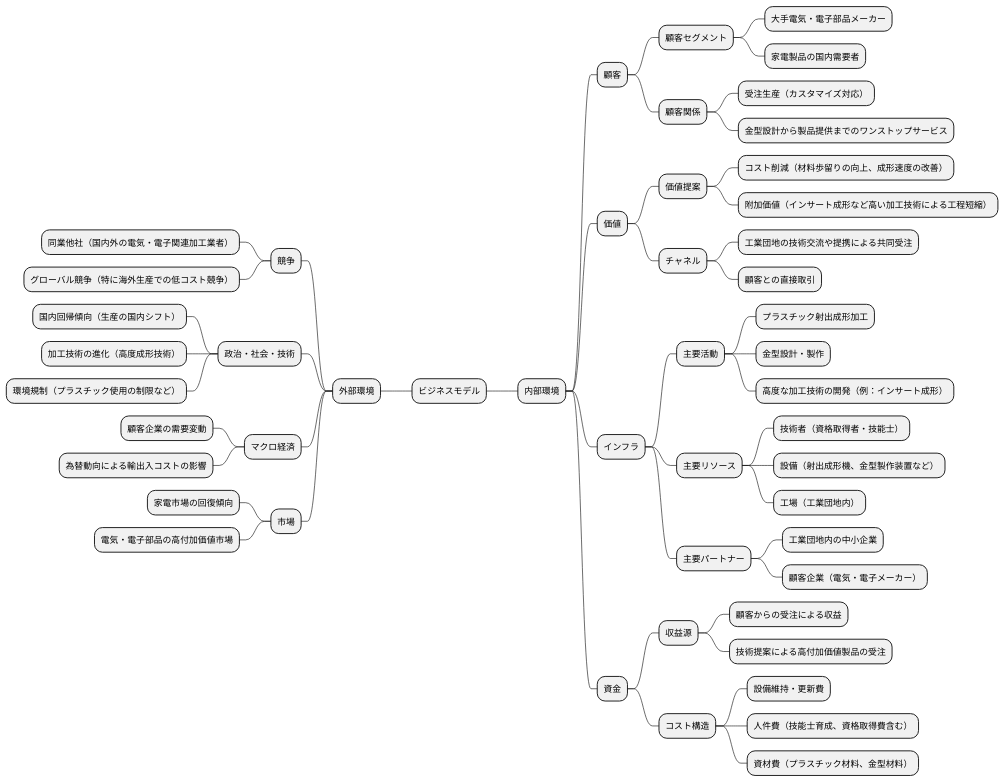
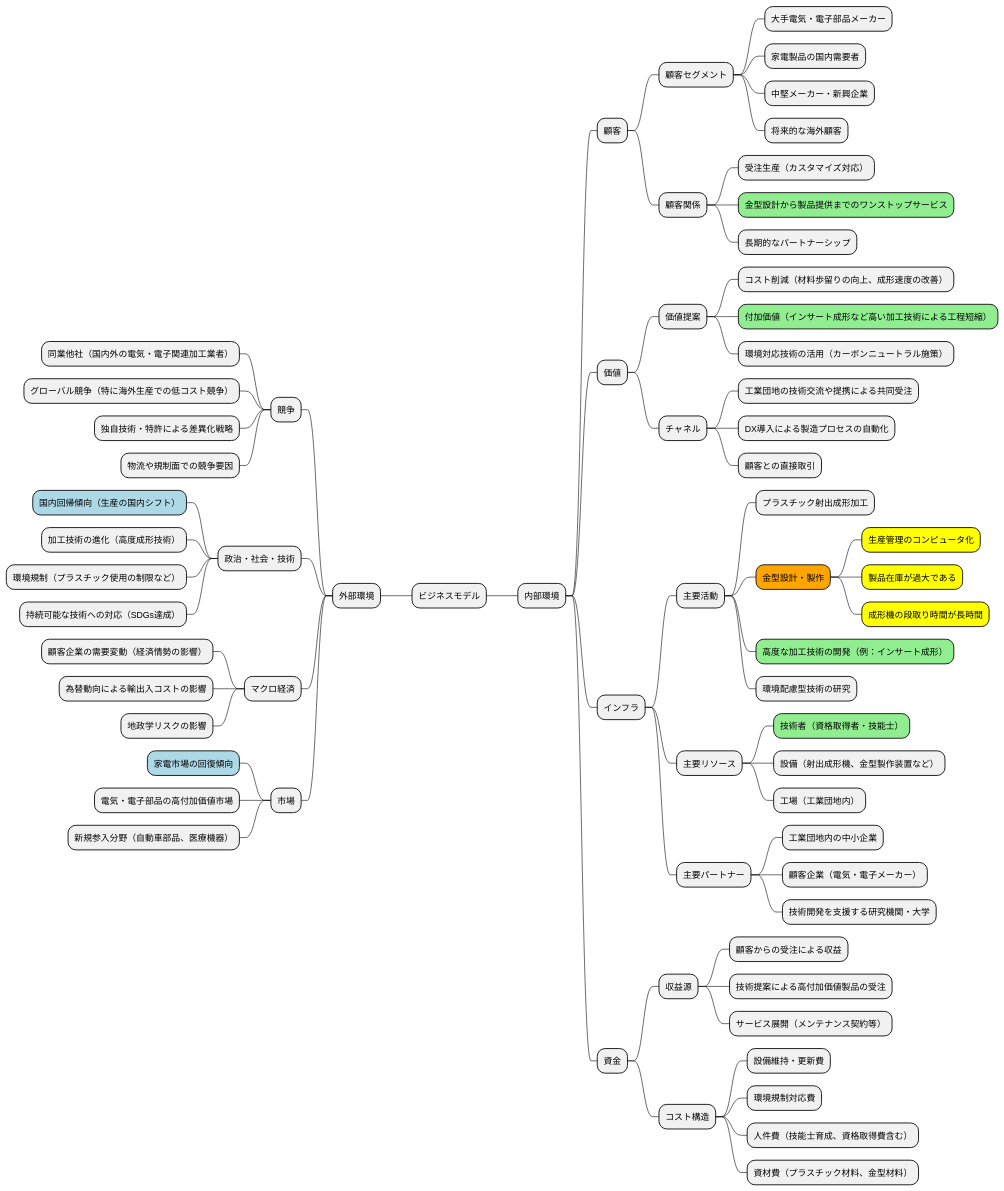
Before and after one commit to k2works/case-study-business-analysis: the second of 19 diagrams in docs/case/h30_case_3.adoc, drawn with PlantUML. The commit also changed other lines of this file, not shown here.

```diff
--- a/docs/case/h30_case_3.adoc
+++ b/docs/case/h30_case_3.adoc
@@ -71,58 +71,75 @@
 [plantuml]
 ----
 @startmindmap
 
 * ビジネスモデル
 ** 内部環境
 *** 顧客
 **** 顧客セグメント
 ***** 大手電気・電子部品メーカー
 ***** 家電製品の国内需要者
+***** 中堅メーカー・新興企業
+***** 将来的な海外顧客
 **** 顧客関係
 ***** 受注生産（カスタマイズ対応）
-***** 金型設計から製品提供までのワンストップサービス
+*****[#lightgreen] 金型設計から製品提供までのワンストップサービス
+***** 長期的なパートナーシップ
 *** 価値
 **** 価値提案
 ***** コスト削減（材料歩留りの向上、成形速度の改善）
-***** 附加価値（インサート成形など高い加工技術による工程短縮）
+*****[#lightgreen] 付加価値（インサート成形など高い加工技術による工程短縮）
+***** 環境対応技術の活用（カーボンニュートラル施策）
 **** チャネル
 ***** 工業団地の技術交流や提携による共同受注
+***** DX導入による製造プロセスの自動化
 ***** 顧客との直接取引
 *** インフラ
 **** 主要活動
 ***** プラスチック射出成形加工
-***** 金型設計・製作
-***** 高度な加工技術の開発（例：インサート成形）
+*****[#orange] 金型設計・製作
+******[#yellow] 生産管理のコンピュータ化
+******[#yellow] 製品在庫が過大である
+******[#yellow] 成形機の段取り時間が長時間
+*****[#lightgreen] 高度な加工技術の開発（例：インサート成形）
+***** 環境配慮型技術の研究
 **** 主要リソース
-***** 技術者（資格取得者・技能士）
+*****[#lightgreen] 技術者（資格取得者・技能士）
 ***** 設備（射出成形機、金型製作装置など）
 ***** 工場（工業団地内）
 **** 主要パートナー
 ***** 工業団地内の中小企業
 ***** 顧客企業（電気・電子メーカー）
+***** 技術開発を支援する研究機関・大学
 *** 資金
 **** 収益源
 ***** 顧客からの受注による収益
 ***** 技術提案による高付加価値製品の受注
+***** サービス展開（メンテナンス契約等）
 **** コスト構造
 ***** 設備維持・更新費
+***** 環境規制対応費
 ***** 人件費（技能士育成、資格取得費含む）
 ***** 資材費（プラスチック材料、金型材料）
 left side
 ** 外部環境
 *** 競争
 **** 同業他社（国内外の電気・電子関連加工業者）
 **** グローバル競争（特に海外生産での低コスト競争）
+**** 独自技術・特許による差異化戦略
+**** 物流や規制面での競争要因
 *** 政治・社会・技術
-**** 国内回帰傾向（生産の国内シフト）
+****[#lightblue] 国内回帰傾向（生産の国内シフト）
 **** 加工技術の進化（高度成形技術）
 **** 環境規制（プラスチック使用の制限など）
+**** 持続可能な技術への対応（SDGs達成）
 *** マクロ経済
-**** 顧客企業の需要変動
+**** 顧客企業の需要変動（経済情勢の影響）
 **** 為替動向による輸出入コストの影響
+**** 地政学リスクの影響
 *** 市場
-**** 家電市場の回復傾向
+****[#lightblue] 家電市場の回復傾向
 **** 電気・電子部品の高付加価値市場
+**** 新規参入分野（自動車部品、医療機器）
 
 @endmindmap
 ----
```
